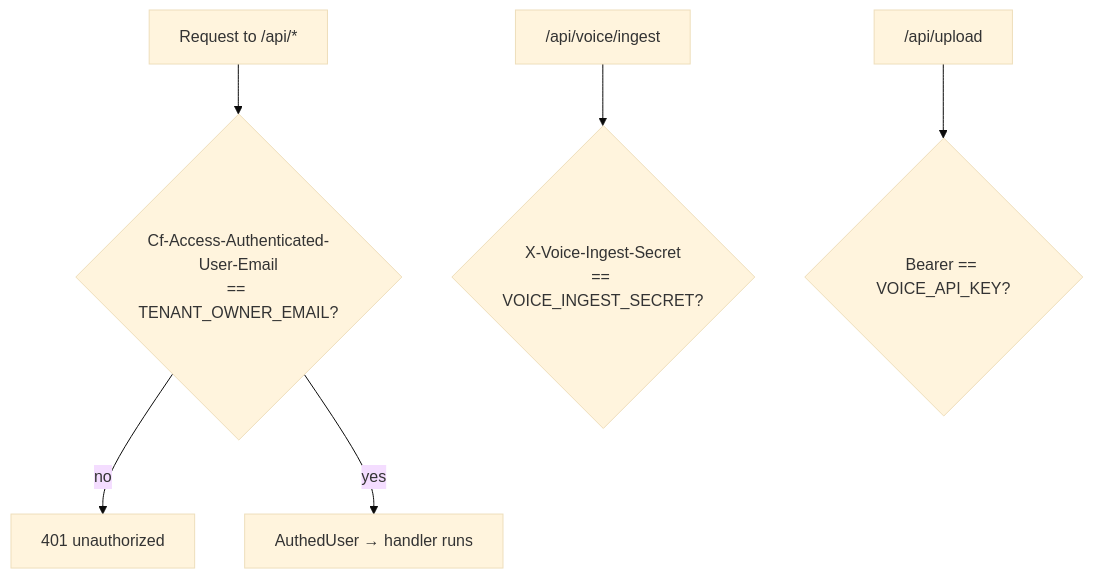
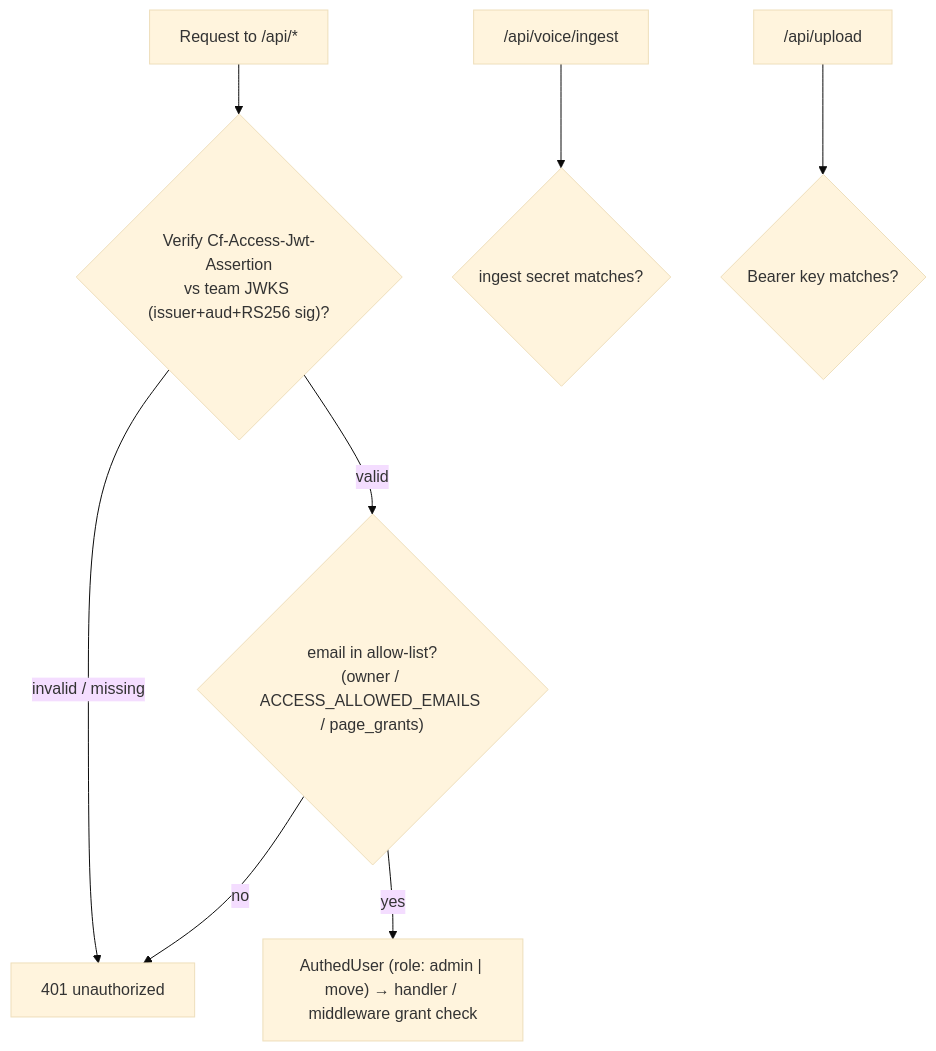
The seventh of 8 diagrams in docs/ARCHITECTURE.md (aitheroad-dev/my-jarvis-dashboard-yaron), drawn with Mermaid (base theme) before and after one commit. The commit also changed other lines of this file and 6 other files, not shown here.

Commit message:
docs: align dashboard docs with current stack — D1 + Cloudflare Access + direct-upload deploy, 15-page taxonomy (Tickets→Situation); reframe CLAUDE.md + myjarvis-dashboard skill as live instance, demote Neon/WorkOS/template flow to historical

````diff
--- a/docs/ARCHITECTURE.md
+++ b/docs/ARCHITECTURE.md
@@ -393,8 +419,10 @@
 ```mermaid
 flowchart TD
-  REQ["Request to /api/*"] --> HDR{"Cf-Access-Authenticated-User-Email\n== TENANT_OWNER_EMAIL?"}
-  HDR -->|no| R401["401 unauthorized"]
-  HDR -->|yes| OK["AuthedUser → handler runs"]
-  ING["/api/voice/ingest"] --> S1{"X-Voice-Ingest-Secret\n== VOICE_INGEST_SECRET?"}
-  UP["/api/upload"] --> S2{"Bearer == VOICE_API_KEY?"}
+  REQ["Request to /api/*"] --> JWT{"Verify Cf-Access-Jwt-Assertion\nvs team JWKS (issuer+aud+RS256 sig)?"}
+  JWT -->|invalid / missing| R401["401 unauthorized"]
+  JWT -->|valid| ALLOW{"email in allow-list?\n(owner / ACCESS_ALLOWED_EMAILS / page_grants)"}
+  ALLOW -->|no| R401
+  ALLOW -->|yes| OK["AuthedUser (role: admin | move) → handler / middleware grant check"]
+  ING["/api/voice/ingest"] --> S1{"ingest secret matches?"}
+  UP["/api/upload"] --> S2{"Bearer key matches?"}
 ```
````
